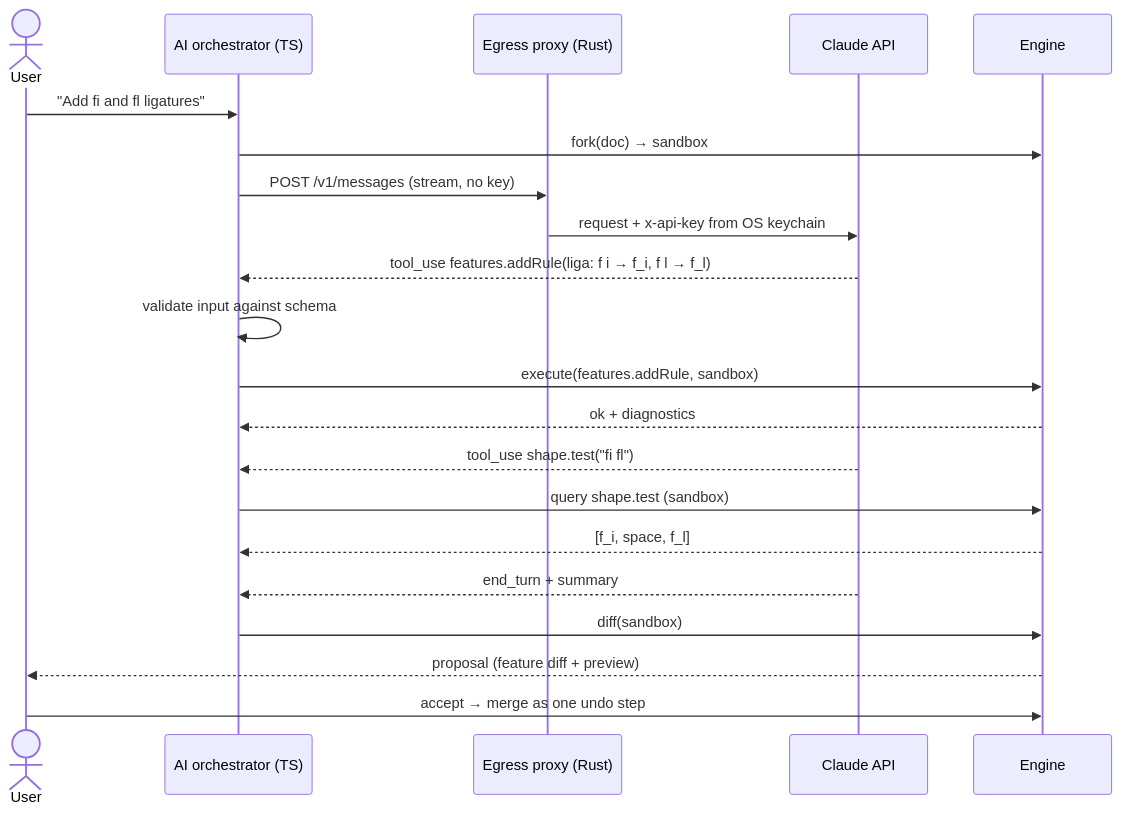
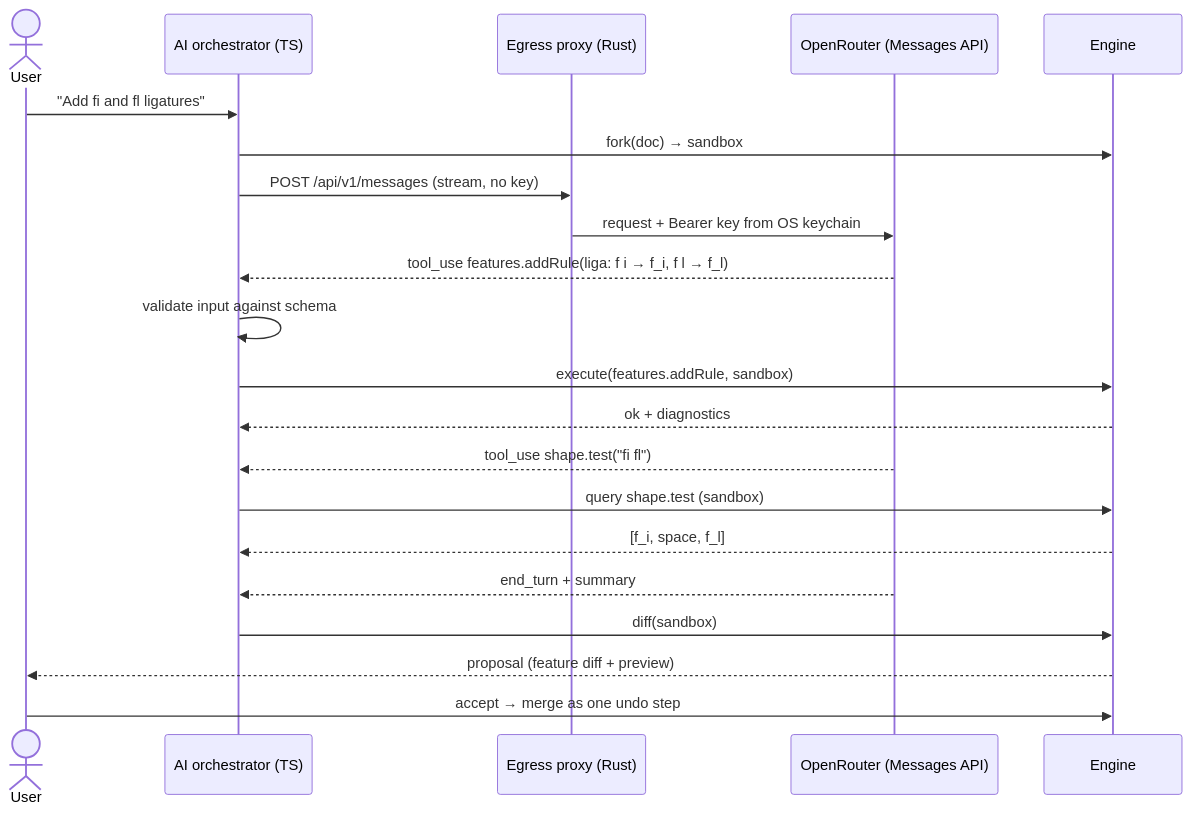
Before and after one commit to georgehadji/Typefaced: the eighth of 9 diagrams in docs/implementation-plan.md, drawn with Mermaid. The commit also changed other lines of this file and 44 other files, not shown here.

First line of the commit message:
feat(ai): Claude SDK client over the Rust egress proxy, via OpenRouter (#14)

````diff
--- a/docs/implementation-plan.md
+++ b/docs/implementation-plan.md
@@ -1299,23 +1299,23 @@
 ```mermaid
 sequenceDiagram
   actor U as User
   participant A as AI orchestrator (TS)
   participant P as Egress proxy (Rust)
-  participant C as Claude API
+  participant C as OpenRouter (Messages API)
   participant E as Engine
   U->>A: "Add fi and fl ligatures"
   A->>E: fork(doc) → sandbox
-  A->>P: POST /v1/messages (stream, no key)
-  P->>C: request + x-api-key from OS keychain
+  A->>P: POST /api/v1/messages (stream, no key)
+  P->>C: request + Bearer key from OS keychain
   C-->>A: tool_use features.addRule(liga: f i → f_i, f l → f_l)
   A->>A: validate input against schema
   A->>E: execute(features.addRule, sandbox)
   E-->>A: ok + diagnostics
   C-->>A: tool_use shape.test("fi fl")
   A->>E: query shape.test (sandbox)
   E-->>A: [f_i, space, f_l]
   C-->>A: end_turn + summary
   A->>E: diff(sandbox)
   E-->>U: proposal (feature diff + preview)
   U->>E: accept → merge as one undo step
 ```
````
